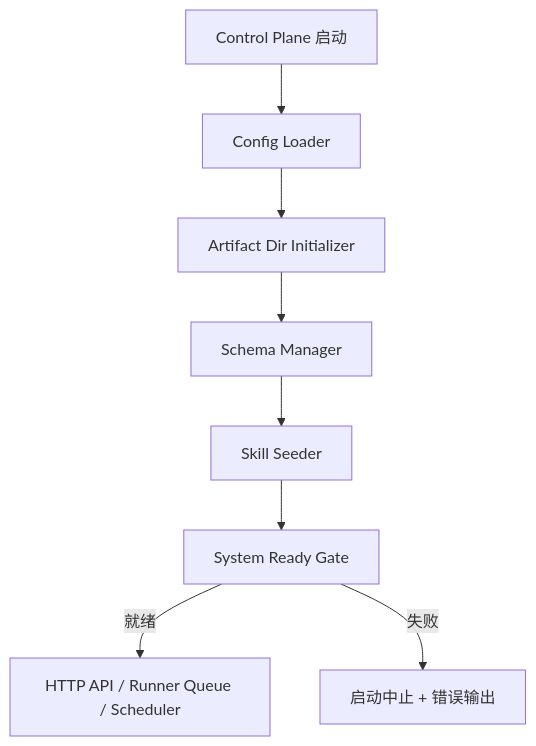
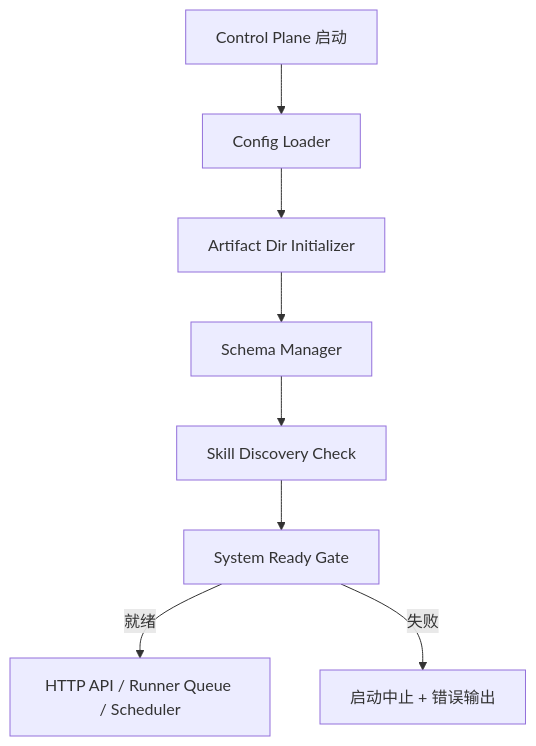
The first of 3 diagrams in docs/features/feat-000-system-bootstrap/design.md (songcojp/Spec-Driven-Autonomous-Coding-System), drawn with Mermaid before and after one commit. The commit also changed other lines of this file and 41 other files, not shown here.

````diff
--- a/docs/features/feat-000-system-bootstrap/design.md
+++ b/docs/features/feat-000-system-bootstrap/design.md
@@ -29,10 +29,10 @@
 ```mermaid
 flowchart TD
   Start[Control Plane 启动] --> Config[Config Loader]
   Config --> DirInit[Artifact Dir Initializer]
   DirInit --> Schema[Schema Manager]
-  Schema --> Seeder[Skill Seeder]
+  Schema --> Seeder[Skill Discovery Check]
   Seeder --> Ready[System Ready Gate]
   Ready -->|就绪| API[HTTP API / Runner Queue / Scheduler]
   Ready -->|失败| Abort[启动中止 + 错误输出]
 ```
````
